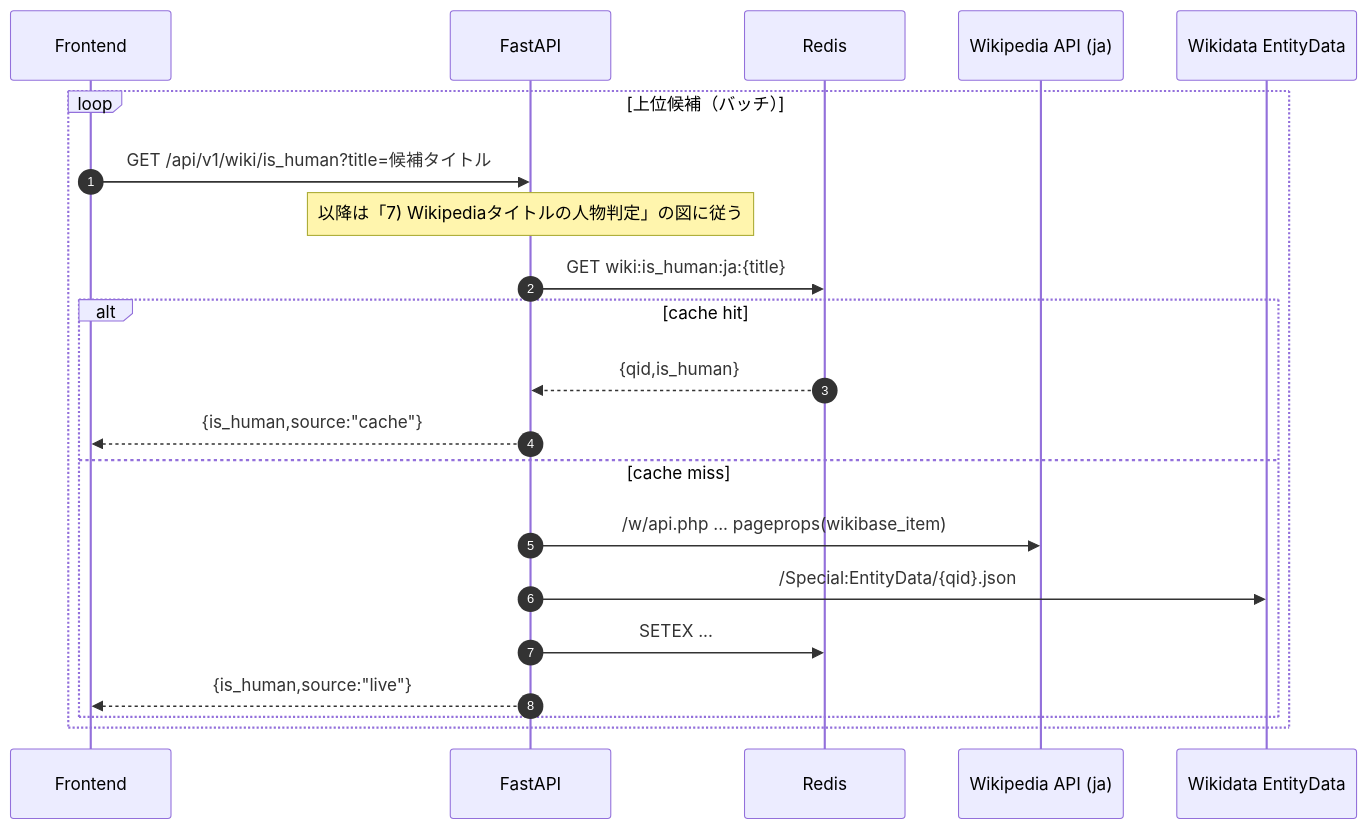
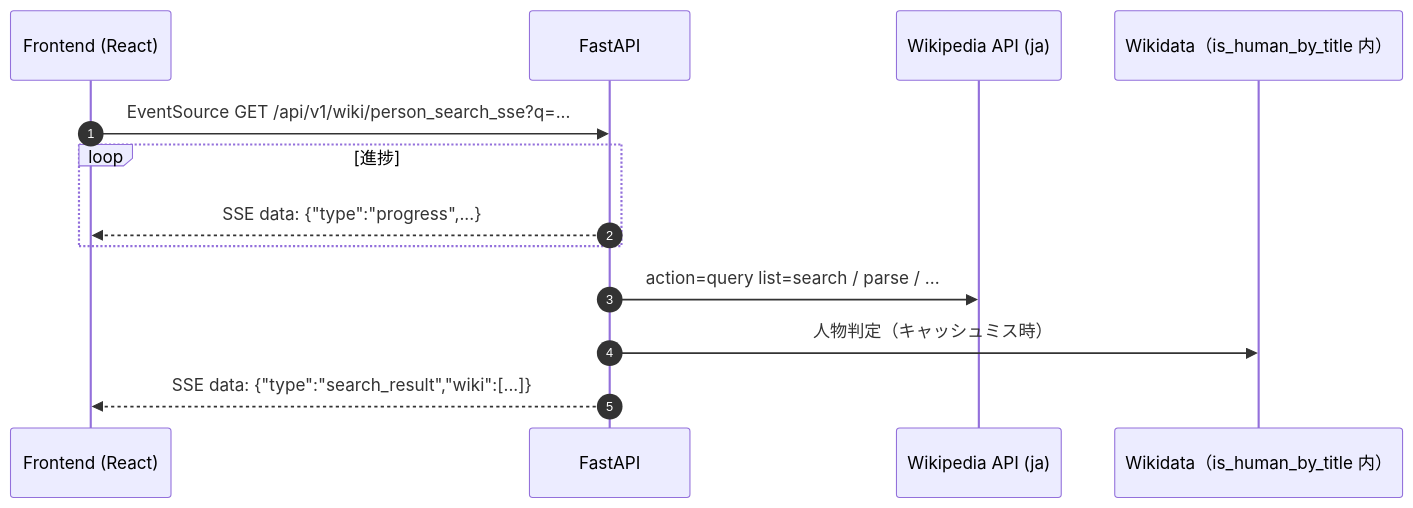
Before and after one commit to 5avvadaJ1r0/people_relation: the eighth of 8 diagrams in doc/api.md, drawn with Mermaid. The commit also changed other lines of this file and 60 other files, not shown here.

Commit message:
SSE/バルク処理/wbgetentities/wikiAPIサーバー一元化

````diff
--- a/doc/api.md
+++ b/doc/api.md
@@ -657,24 +650,16 @@
 ```mermaid
 sequenceDiagram
-    autonumber
-    participant FE as Frontend
-    participant API as FastAPI
-    participant R as Redis
-    participant WP as Wikipedia API (ja)
-    participant WD as Wikidata EntityData
+  autonumber
+  participant UI as Frontend (React)
+  participant API as FastAPI
+  participant WP as Wikipedia API (ja)
+  participant WD as Wikidata（is_human_by_title 内）
 
-    loop 上位候補（バッチ）
-        FE->>API: GET /api/v1/wiki/is_human?title=候補タイトル
-        Note over API: 以降は「7) Wikipediaタイトルの人物判定」の図に従う
-        API->>R: GET wiki:is_human:ja:{title}
-        alt cache hit
-            R-->>API: {qid,is_human}
-            API-->>FE: {is_human,source:"cache"}
-        else cache miss
-            API->>WP: /w/api.php ... pageprops(wikibase_item)
-            API->>WD: /Special:EntityData/{qid}.json
-            API->>R: SETEX ...
-            API-->>FE: {is_human,source:"live"}
-        end
-    end
+  UI->>API: EventSource GET /api/v1/wiki/person_search_sse?q=...
+  loop 進捗
+    API-->>UI: SSE data: {"type":"progress",...}
+  end
+  API->>WP: action=query list=search / parse / ...
+  API->>WD: 人物判定（キャッシュミス時）
+  API-->>UI: SSE data: {"type":"search_result","wiki":[...]}
 ```
````
